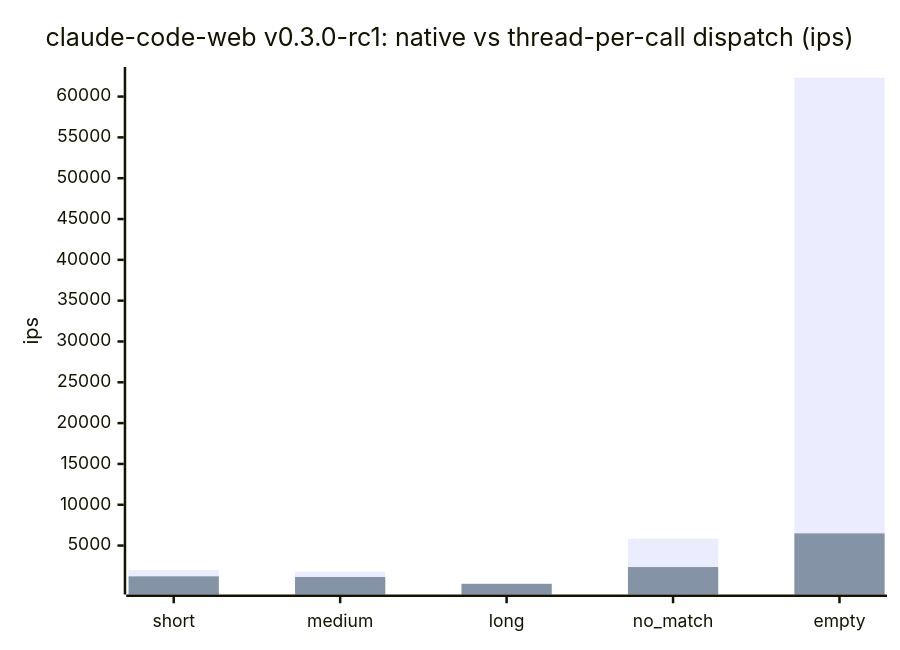
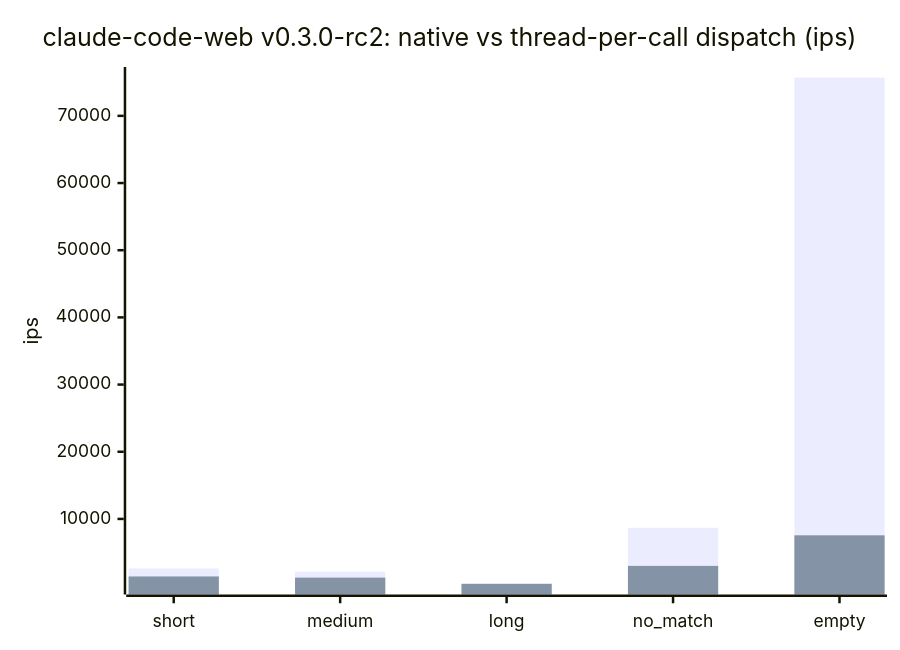
One commit to cpb/duckling changed the second of 7 diagrams in docs/benchmarks/README.md. Above: the diagram before and after it, drawn with Mermaid. The commit also changed other lines of this file and 1 other file, not shown here.

First line of the commit message:
bench: record claude-code-web data point for 0.3.0-rc2

````diff
--- a/docs/benchmarks/README.md
+++ b/docs/benchmarks/README.md
@@ -91,8 +91,8 @@
 ```mermaid
 xychart-beta
-    title "claude-code-web v0.3.0-rc1: native vs thread-per-call dispatch (ips)"
+    title "claude-code-web v0.3.0-rc2: native vs thread-per-call dispatch (ips)"
     x-axis [short, medium, long, no_match, empty]
     y-axis "ips"
-    bar "native" [1997.4, 1791.1, 360.1, 5835.9, 62320.0]
-    bar "thread-per-call" [1228.1, 1152.8, 308.1, 2368.1, 6493.4]
+    bar "native" [2628.9, 2131.5, 412.2, 8673.6, 75690.3]
+    bar "thread-per-call" [1436.5, 1263.2, 332.2, 3012.4, 7559.1]
 ```
````
